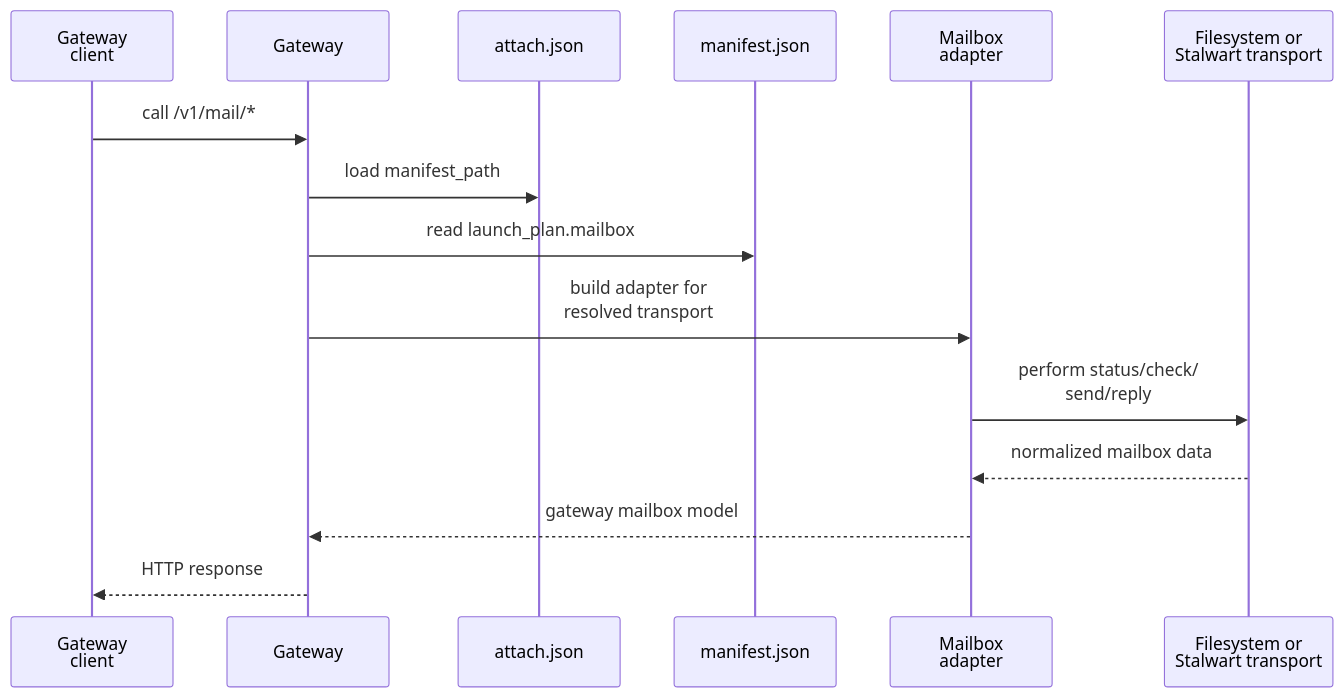
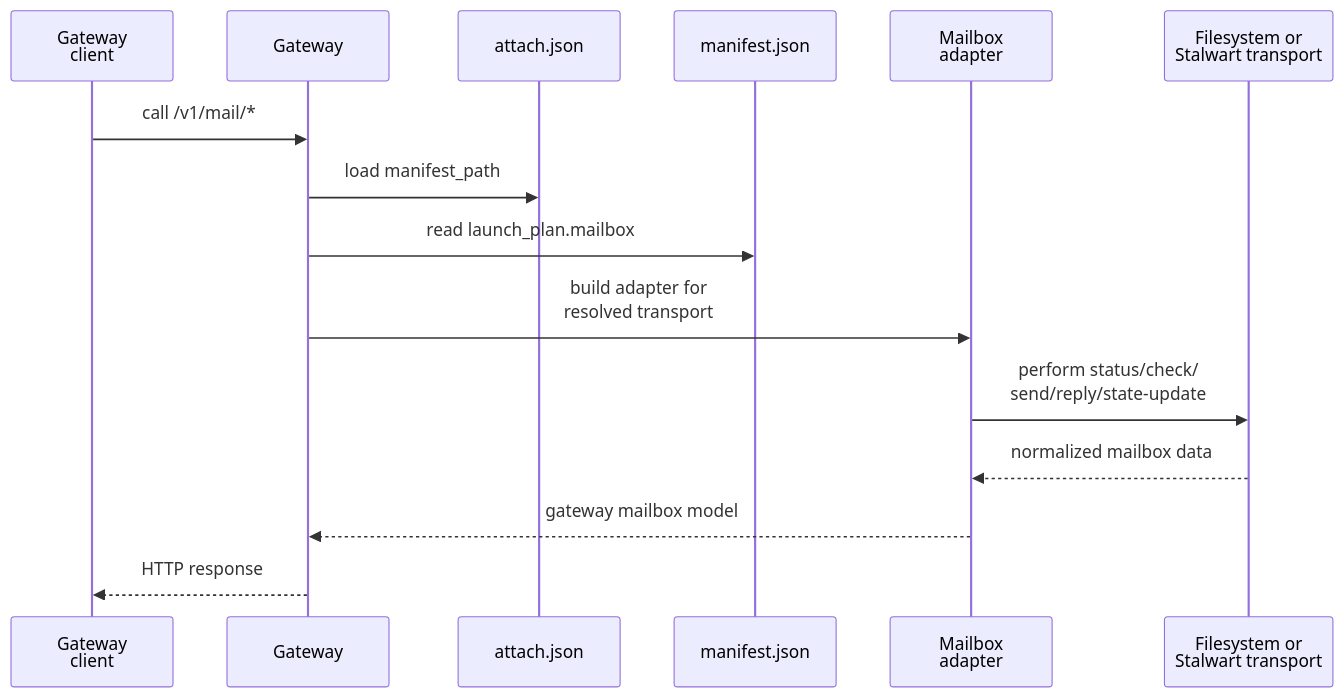
The diagram in docs/reference/gateway/operations/mailbox-facade.md (igamenovoer/houmao), drawn with Mermaid before and after one commit. The commit also changed other lines of this file and 71 other files, not shown here.

````diff
--- a/docs/reference/gateway/operations/mailbox-facade.md
+++ b/docs/reference/gateway/operations/mailbox-facade.md
@@ -55,17 +56,17 @@
 ```mermaid
 sequenceDiagram
     participant Cli as Gateway<br/>client
     participant Gw as Gateway
     participant Att as attach.json
     participant Man as manifest.json
     participant Ad as Mailbox<br/>adapter
     participant MB as Filesystem or<br/>Stalwart transport
     Cli->>Gw: call /v1/mail/*
     Gw->>Att: load manifest_path
     Gw->>Man: read launch_plan.mailbox
     Gw->>Ad: build adapter for<br/>resolved transport
-    Ad->>MB: perform status/check/<br/>send/reply
+    Ad->>MB: perform status/check/<br/>send/reply/state-update
     MB-->>Ad: normalized mailbox data
     Ad-->>Gw: gateway mailbox model
     Gw-->>Cli: HTTP response
 ```
````
